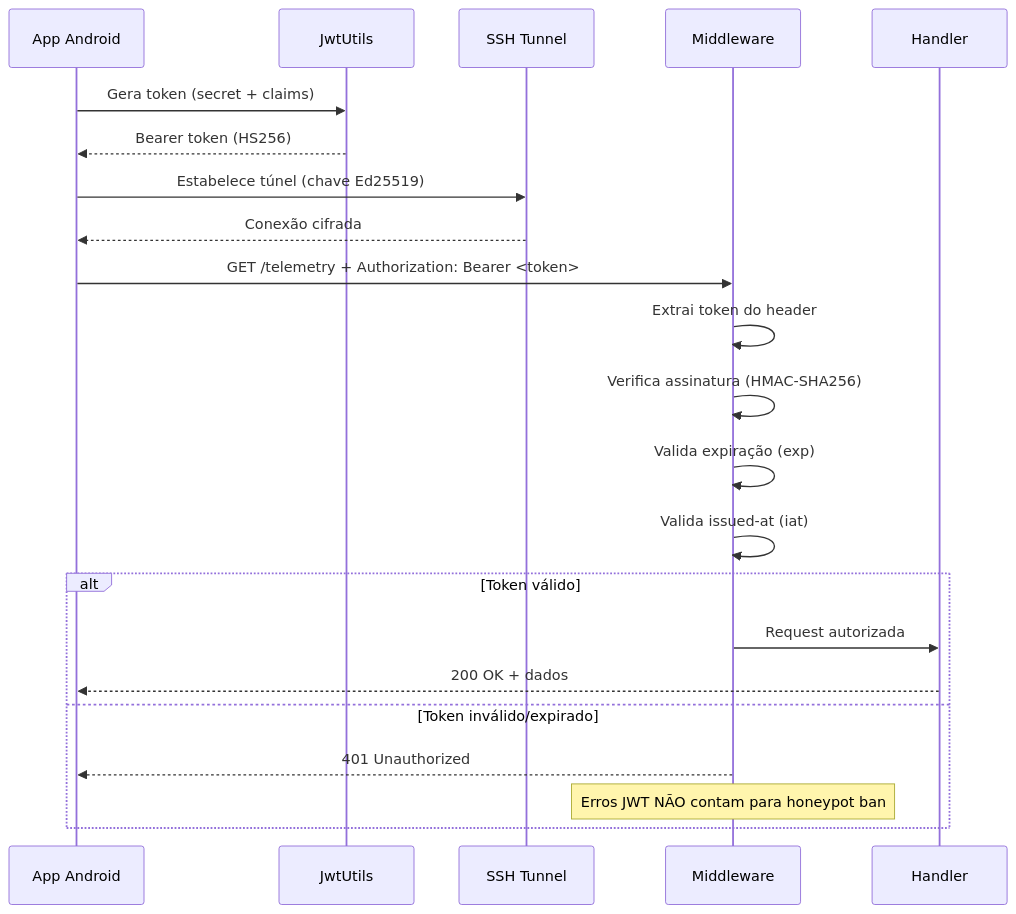
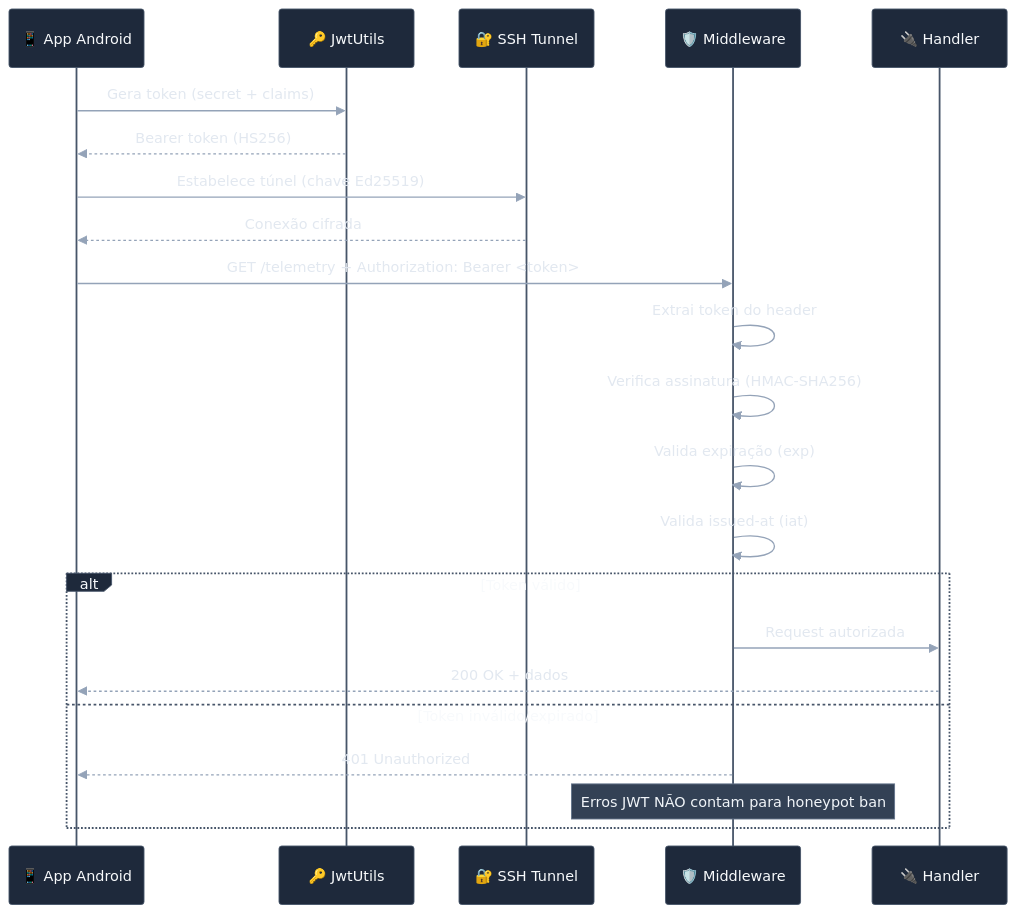
The third of 7 diagrams in docs/SECURITY.md (Munique-Feitoza/server-controller), drawn with Mermaid before and after one commit. The commit also changed other lines of this file and 8 other files, not shown here.

First line of the commit message:
docs: aplicar tema visual consistente nos diagramas mermaid

````diff
--- a/docs/SECURITY.md
+++ b/docs/SECURITY.md
@@ -163,28 +199,29 @@
 ```mermaid
+%%{init: { "theme": "base", "themeVariables": { "fontFamily": "Inter, sans-serif", "primaryColor": "#1e293b", "primaryTextColor": "#f8fafc", "primaryBorderColor": "#334155", "actorBkg": "#1e293b", "actorBorder": "#475569", "actorTextColor": "#f8fafc", "signalColor": "#94a3b8", "signalTextColor": "#e2e8f0", "noteBkgColor": "#334155", "noteTextColor": "#f1f5f9", "noteBorderColor": "#64748b" } }}%%
 sequenceDiagram
-    participant App as App Android
-    participant JWT as JwtUtils
-    participant SSH as SSH Tunnel
-    participant MW as Middleware
-    participant Handler as Handler
+    participant App as 📱 App Android
+    participant JWT as 🔑 JwtUtils
+    participant SSH as 🔐 SSH Tunnel
+    participant MW as 🛡️ Middleware
+    participant Handler as 🔌 Handler
 
     App->>JWT: Gera token (secret + claims)
     JWT-->>App: Bearer token (HS256)
 
     App->>SSH: Estabelece túnel (chave Ed25519)
     SSH-->>App: Conexão cifrada
 
     App->>MW: GET /telemetry + Authorization: Bearer <token>
     MW->>MW: Extrai token do header
     MW->>MW: Verifica assinatura (HMAC-SHA256)
     MW->>MW: Valida expiração (exp)
     MW->>MW: Valida issued-at (iat)
 
     alt Token válido
         MW->>Handler: Request autorizada
         Handler-->>App: 200 OK + dados
     else Token inválido/expirado
         MW-->>App: 401 Unauthorized
         Note over MW: Erros JWT NÃO contam para honeypot ban
     end
 ```
````
